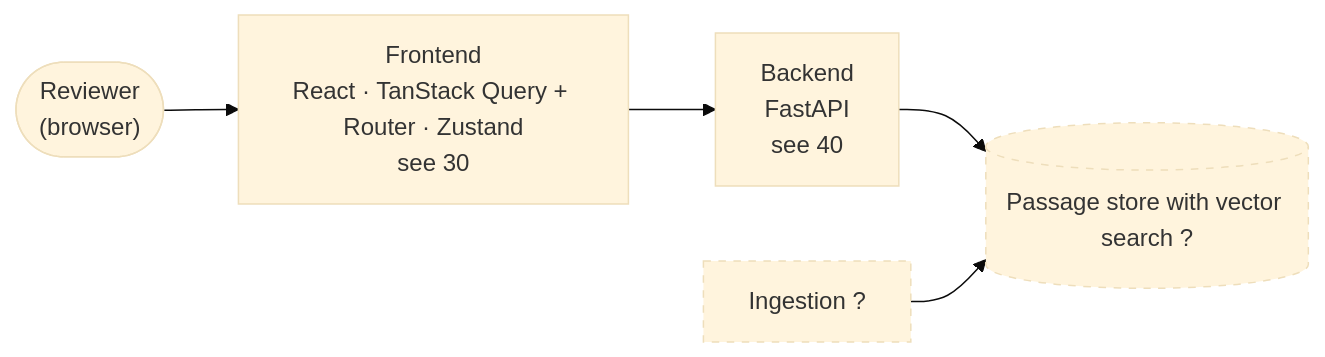
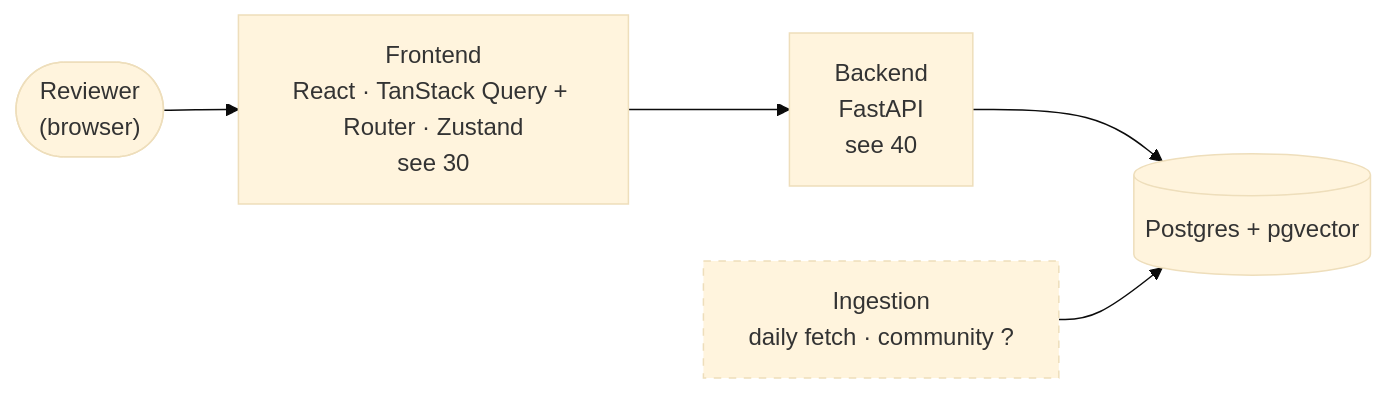
Before and after one commit to brianaderer/transcendent: the diagram in docs/atlas/01-system-map.md, drawn with Mermaid (base theme). The commit also changed other lines of this file and 4 other files, not shown here.

Commit message:
Atlas: pgvector, daily fetch + on-demand clustering, 8-week snapshot decided; OPEN-3 Trawler Forum blocked

````diff
--- a/docs/atlas/01-system-map.md
+++ b/docs/atlas/01-system-map.md
@@ -9,16 +9,16 @@
 ```mermaid
 flowchart LR
     USER(["Reviewer<br/>(browser)"])
     FE["Frontend<br/>React · TanStack Query + Router · Zustand<br/>see 30"]
     API["Backend<br/>FastAPI<br/>see 40"]
-    STORE[("Passage store with vector search ?")]
-    INGEST["Ingestion ?"]
+    STORE[("Postgres + pgvector")]
+    INGEST["Ingestion<br/>daily fetch · community ?"]
 
     USER --> FE
     FE --> API
     API --> STORE
     INGEST --> STORE
 
     classDef open stroke-dasharray: 5 5
-    class STORE,INGEST open
+    class INGEST open
 ```
````
